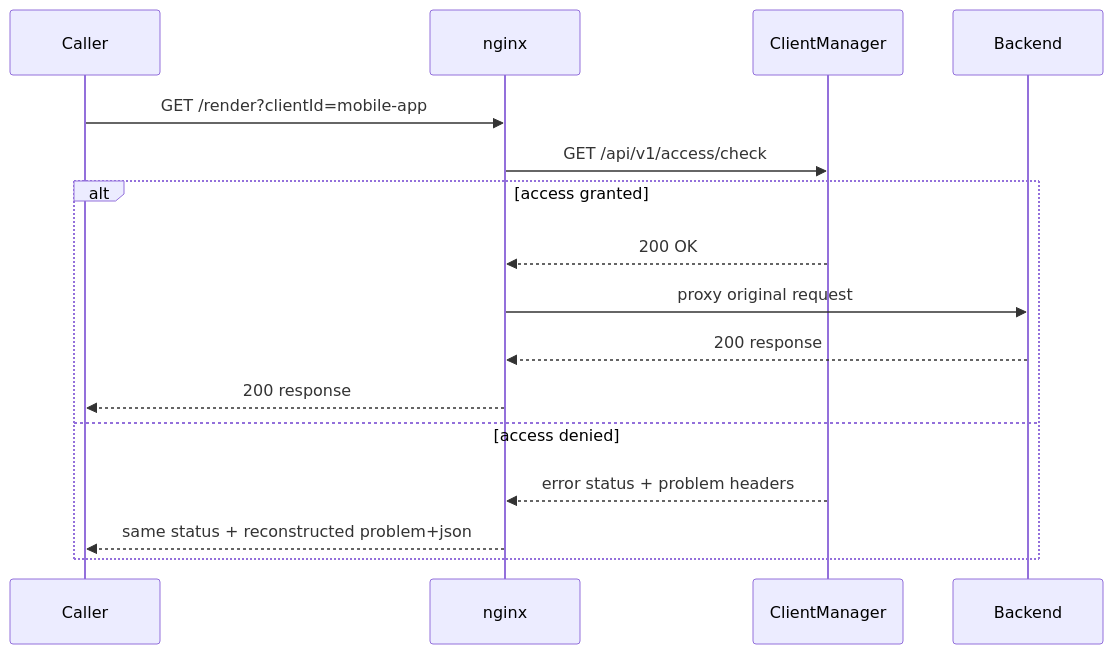
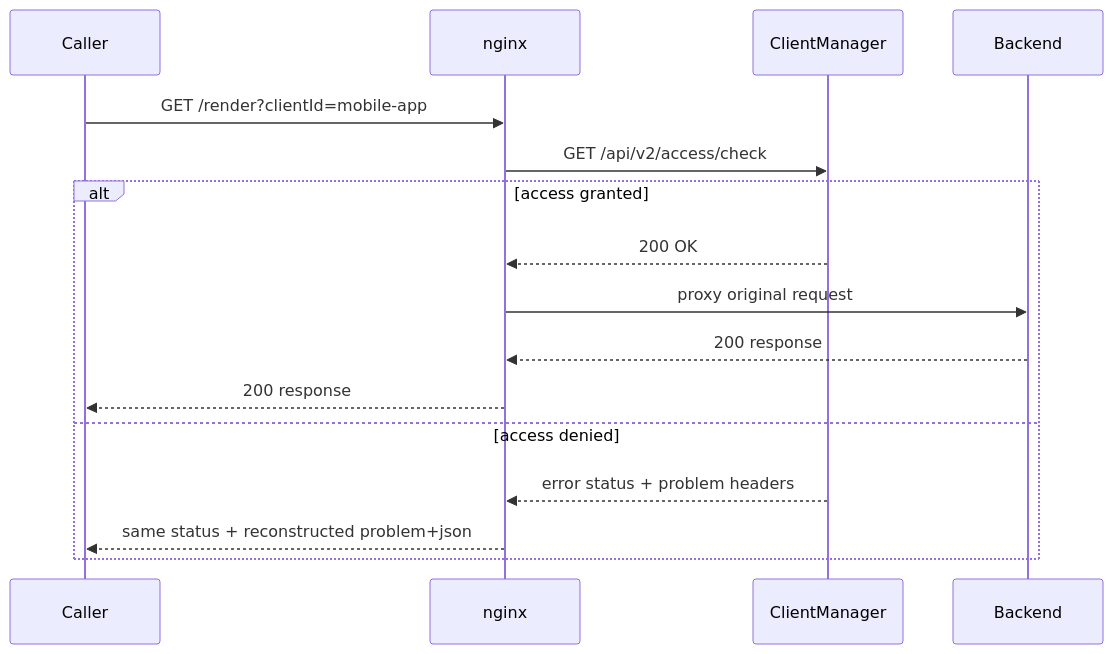
Before and after one commit to ShaharMS/ClientManager: the diagram in docs/integration-guide.md, drawn with Mermaid. The commit also changed other lines of this file and 16 other files, not shown here.

````diff
--- a/docs/integration-guide.md
+++ b/docs/integration-guide.md
@@ -61,19 +58,19 @@
 ```mermaid
 sequenceDiagram
     participant User as Caller
     participant Nginx as nginx
     participant CM as ClientManager
     participant App as Backend
 
     User->>Nginx: GET /render?clientId=mobile-app
-    Nginx->>CM: GET /api/v1/access/check
+    Nginx->>CM: GET /api/v2/access/check
     alt access granted
         CM-->>Nginx: 200 OK
         Nginx->>App: proxy original request
         App-->>Nginx: 200 response
         Nginx-->>User: 200 response
     else access denied
         CM-->>Nginx: error status + problem headers
         Nginx-->>User: same status + reconstructed problem+json
     end
 ```
````
